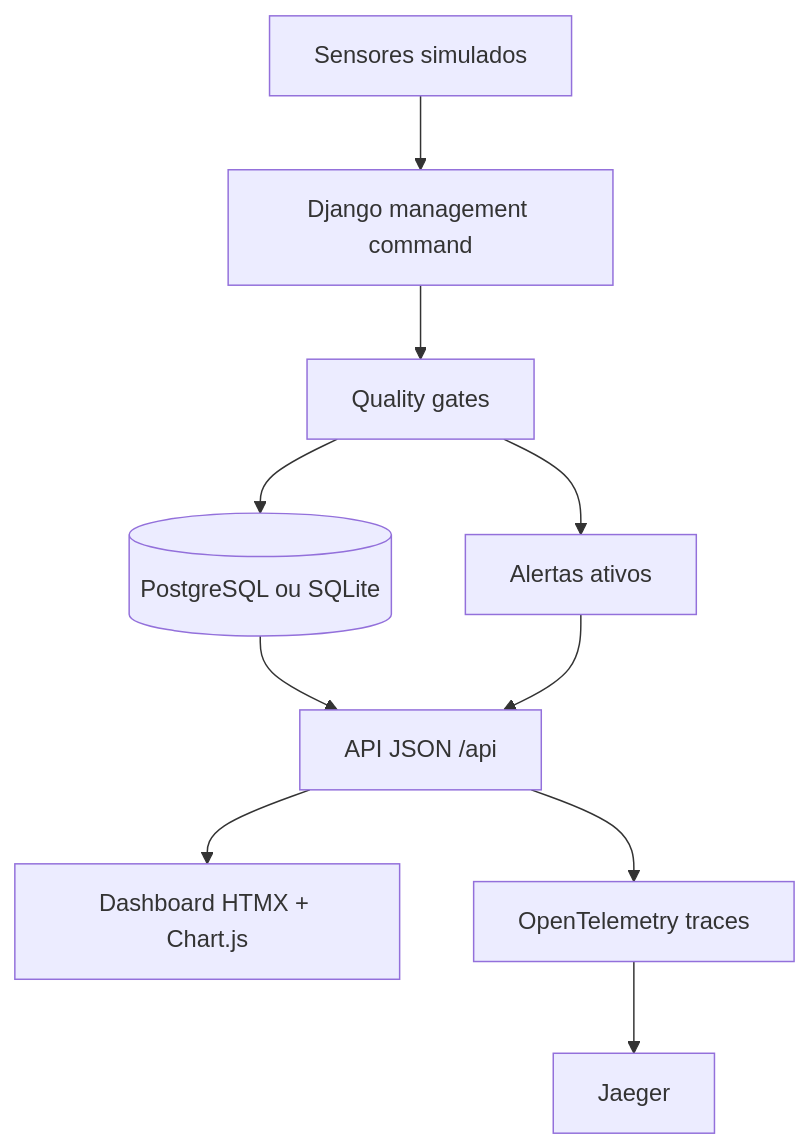
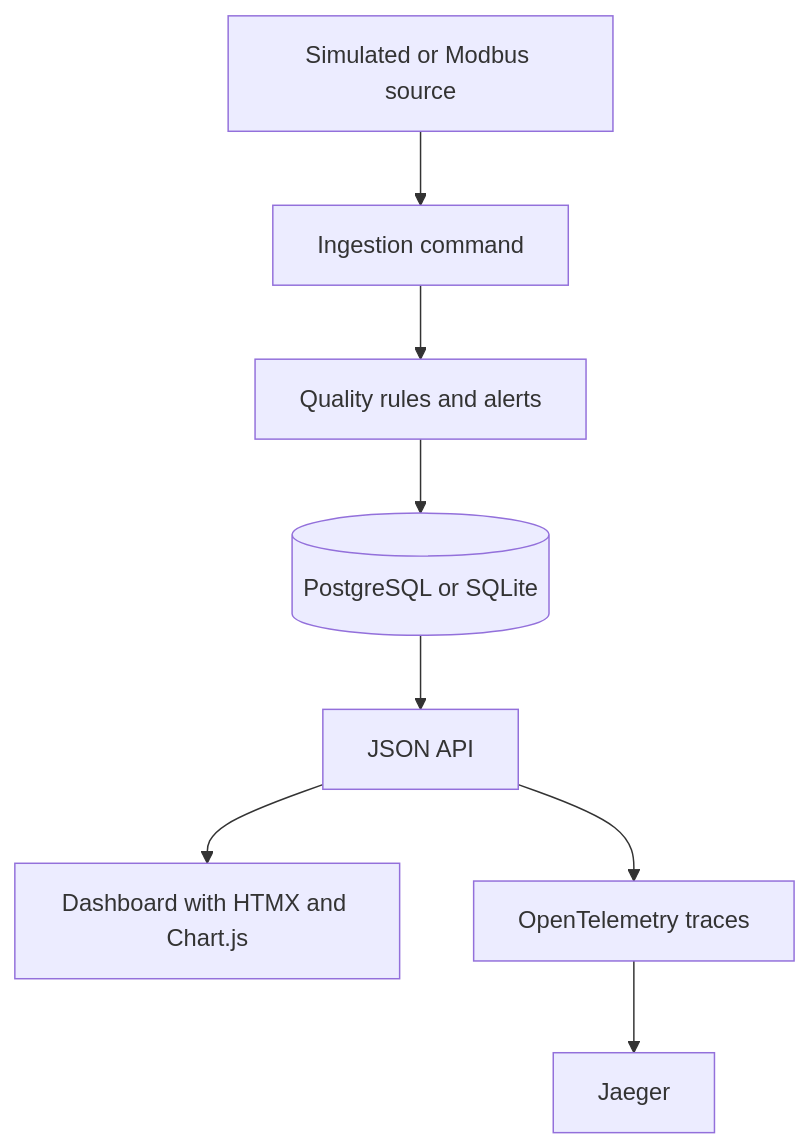
The diagram in README.md (Roberton003/labtelemetry), drawn with Mermaid before and after one commit. The commit also changed other lines of this file and 6 other files, not shown here.

````diff
--- a/README.md
+++ b/README.md
@@ -38,12 +46,10 @@
 ```mermaid
 graph TD
-    A[Sensores simulados] --> B[Django management command]
-    B --> C[Quality gates]
-    C --> D[(PostgreSQL ou SQLite)]
-    C --> E[Alertas ativos]
-    D --> F[API JSON /api]
-    E --> F
-    F --> G[Dashboard HTMX + Chart.js]
-    F --> H[OpenTelemetry traces]
-    H --> I[Jaeger]
+    A[Simulated or Modbus source] --> B[Ingestion command]
+    B --> C[Quality rules and alerts]
+    C --> D[(PostgreSQL or SQLite)]
+    D --> E[JSON API]
+    E --> F[Dashboard with HTMX and Chart.js]
+    E --> G[OpenTelemetry traces]
+    G --> H[Jaeger]
 ```
````
